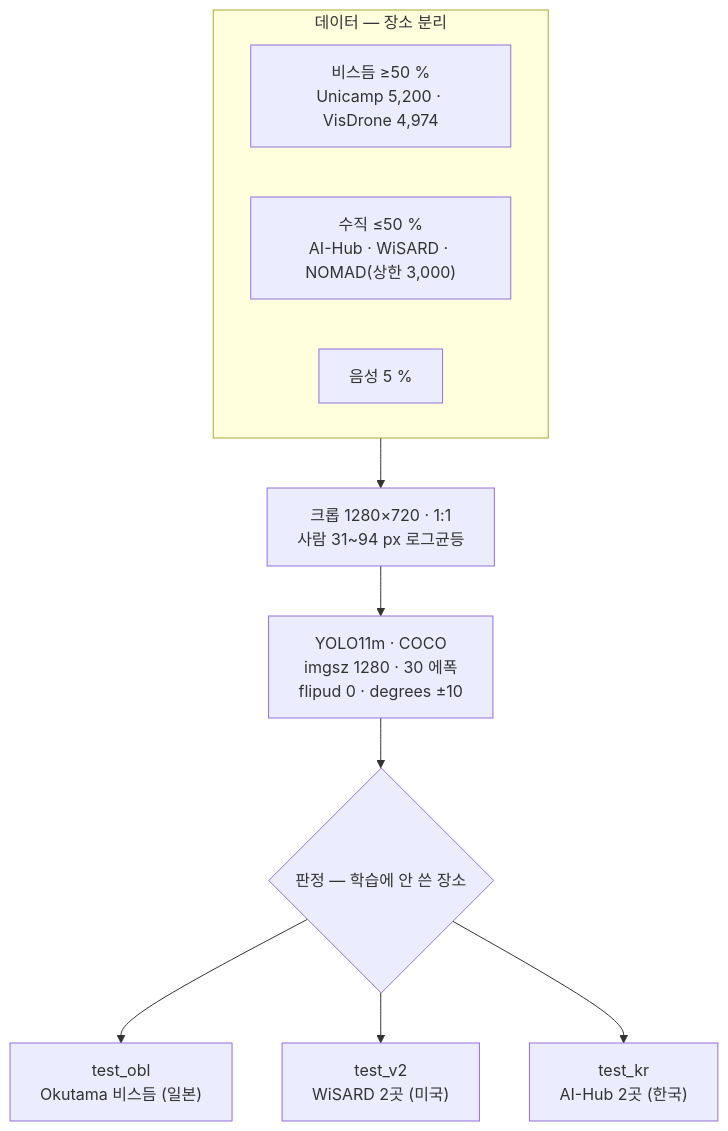
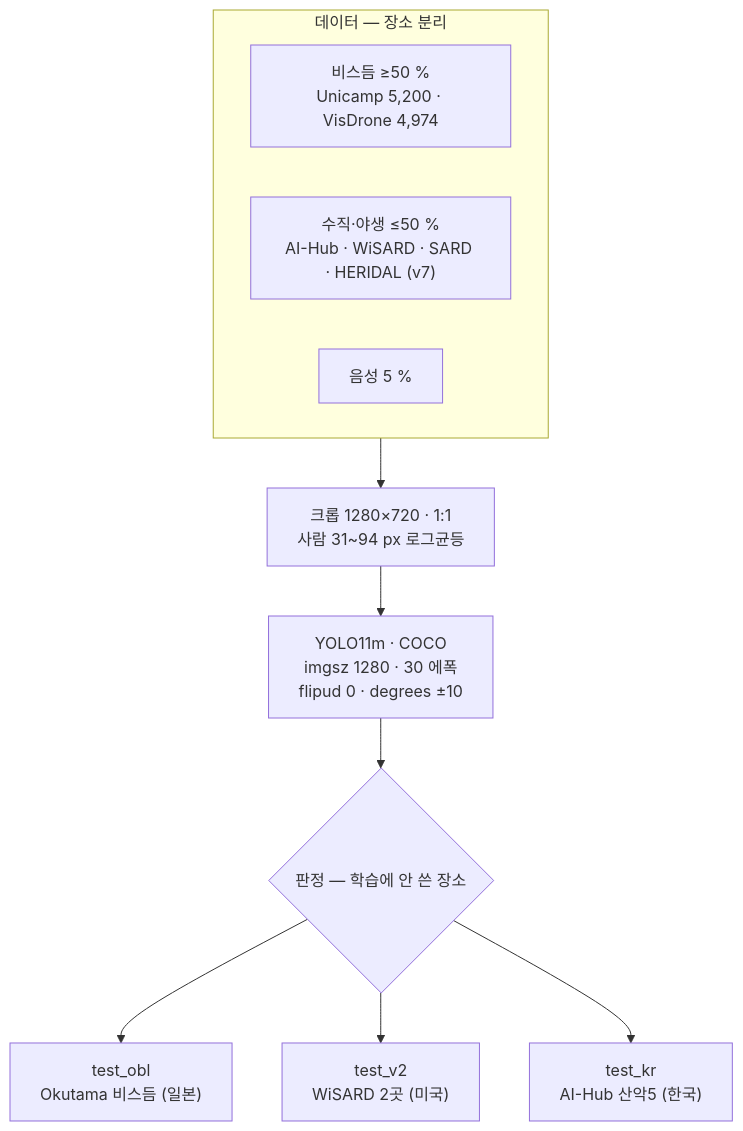
One commit to tim9985/Capstone changed the first of 2 diagrams in obsidian/11 서버 학습 계획/00 학습 계획 한눈에.md. Above: the diagram before and after it, drawn with Mermaid. The commit also changed other lines of this file and 24 other files, not shown here.

````diff
--- a/obsidian/11 서버 학습 계획/00 학습 계획 한눈에.md
+++ b/obsidian/11 서버 학습 계획/00 학습 계획 한눈에.md
@@ -35,14 +37,14 @@
 ```mermaid
 flowchart TD
     subgraph D["데이터 — 장소 분리"]
         O["비스듬 ≥50 %<br/>Unicamp 5,200 · VisDrone 4,974"]
-        N["수직 ≤50 %<br/>AI-Hub · WiSARD · NOMAD(상한 3,000)"]
+        N["수직·야생 ≤50 %<br/>AI-Hub · WiSARD · SARD · HERIDAL (v7)"]
         G["음성 5 %"]
     end
     D --> K["크롭 1280×720 · 1:1<br/>사람 31~94 px 로그균등"]
     K --> T["YOLO11m · COCO<br/>imgsz 1280 · 30 에폭<br/>flipud 0 · degrees ±10"]
     T --> E{"판정 — 학습에 안 쓴 장소"}
     E --> E1["test_obl<br/>Okutama 비스듬 (일본)"]
     E --> E2["test_v2<br/>WiSARD 2곳 (미국)"]
-    E --> E3["test_kr<br/>AI-Hub 2곳 (한국)"]
+    E --> E3["test_kr<br/>AI-Hub 산악5 (한국)"]
 ```
````
